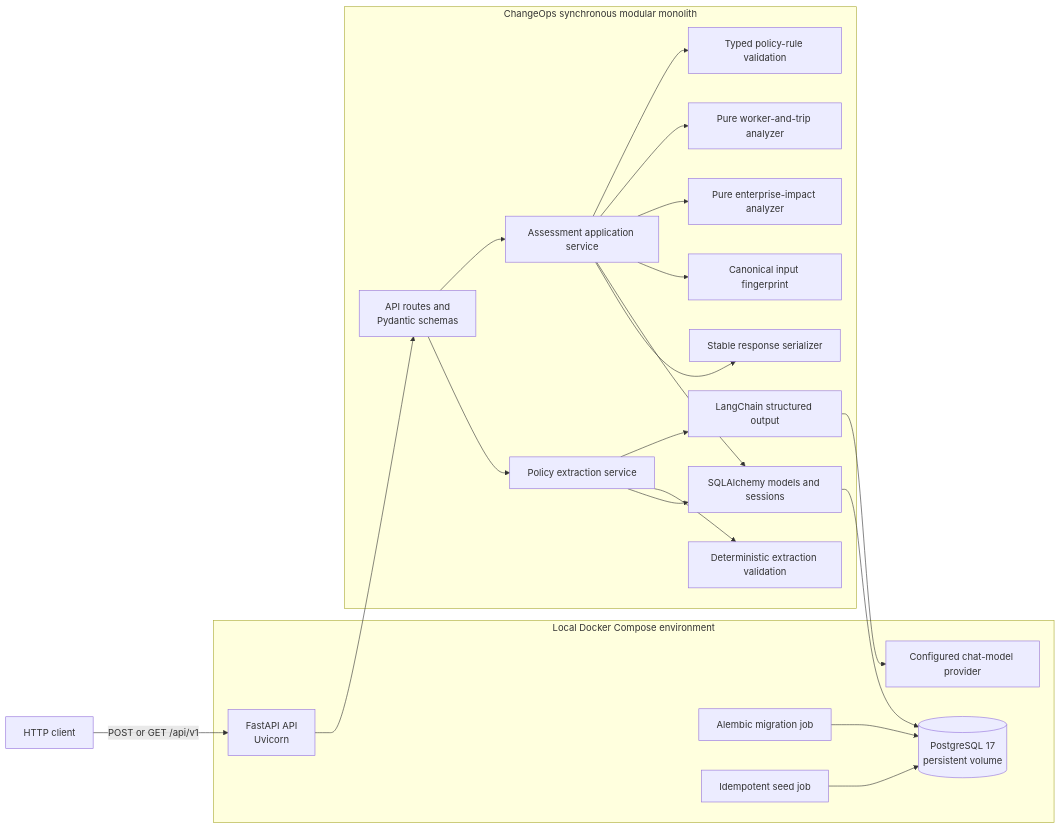
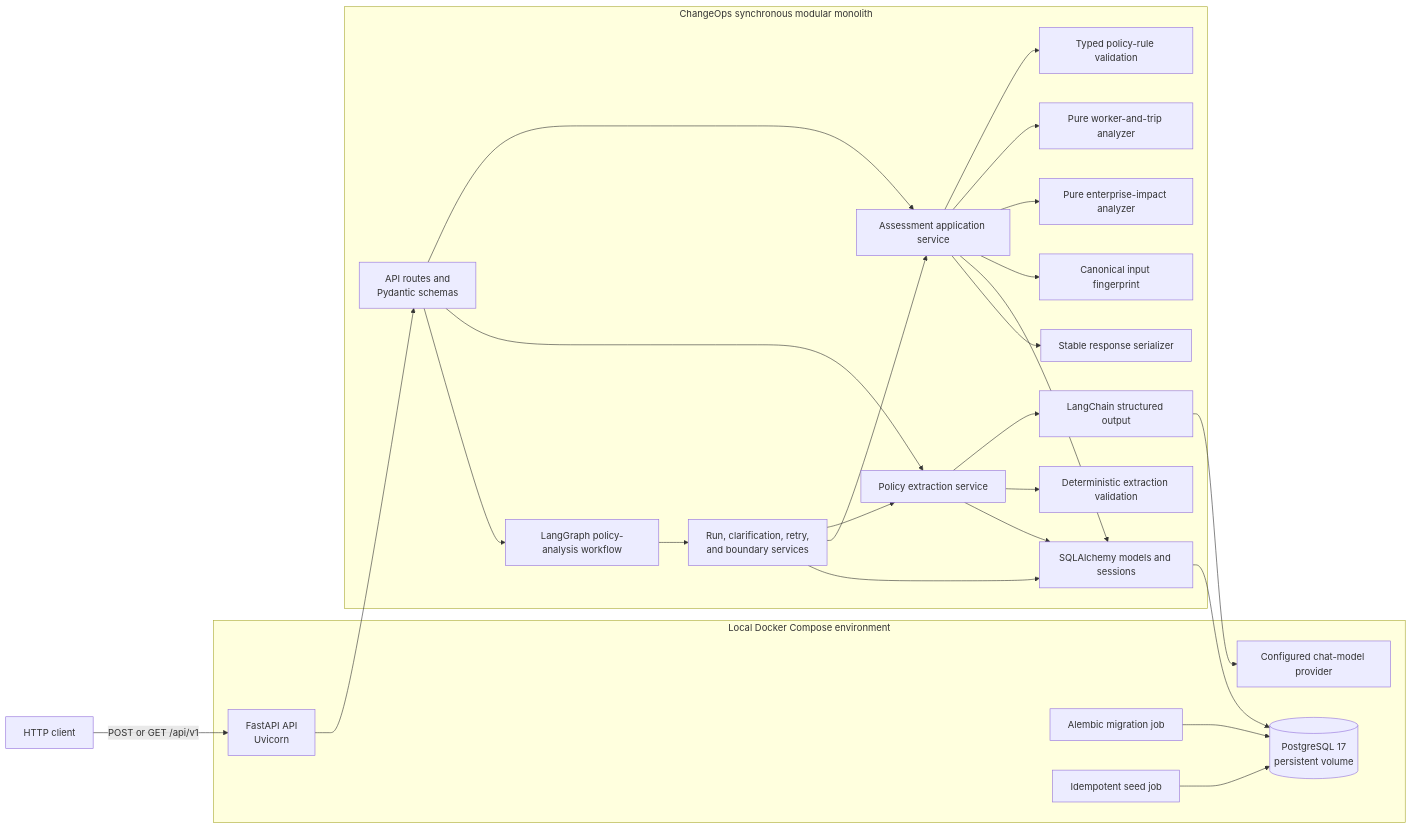
One commit to jaydreyer/ChangeOps changed the first of 4 diagrams in docs/architecture.md. Above: the diagram before and after it, drawn with Mermaid. The commit also changed other lines of this file and 21 other files, not shown here.

Commit message:
Add durable policy analysis workflow

````diff
--- a/docs/architecture.md
+++ b/docs/architecture.md
@@ -8,44 +8,51 @@
 ```mermaid
 flowchart LR
     Client["HTTP client"]
 
     subgraph Compose["Local Docker Compose environment"]
         API["FastAPI API<br/>Uvicorn"]
         LLM["Configured chat-model provider"]
         Migrate["Alembic migration job"]
         Seed["Idempotent seed job"]
         DB[("PostgreSQL 17<br/>persistent volume")]
     end
 
     subgraph Application["ChangeOps synchronous modular monolith"]
         Routes["API routes and<br/>Pydantic schemas"]
         Service["Assessment application service"]
         Extraction["Policy extraction service"]
+        Workflow["LangGraph policy-analysis workflow"]
+        RunService["Run, clarification, retry,<br/>and boundary services"]
         LC["LangChain structured output"]
         Validation["Deterministic extraction validation"]
         Rules["Typed policy-rule validation"]
         WorkerAnalyzer["Pure worker-and-trip analyzer"]
         EnterpriseAnalyzer["Pure enterprise-impact analyzer"]
         Fingerprint["Canonical input fingerprint"]
         Serializer["Stable response serializer"]
         ORM["SQLAlchemy models and sessions"]
     end
 
     Client -->|"POST or GET /api/v1"| API
     API --> Routes
     Routes --> Service
     Routes --> Extraction
+    Routes --> Workflow
+    Workflow --> RunService
+    RunService --> Extraction
+    RunService --> Service
+    RunService --> ORM
     Extraction --> LC
     LC --> LLM
     Extraction --> Validation
     Extraction --> ORM
     Service --> Rules
     Service --> WorkerAnalyzer
     Service --> EnterpriseAnalyzer
     Service --> Fingerprint
     Service --> ORM
     Service --> Serializer
     ORM --> DB
     Migrate --> DB
     Seed --> DB
 ```
````
